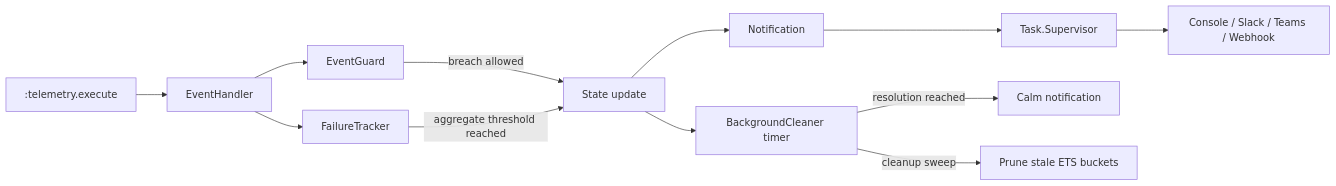
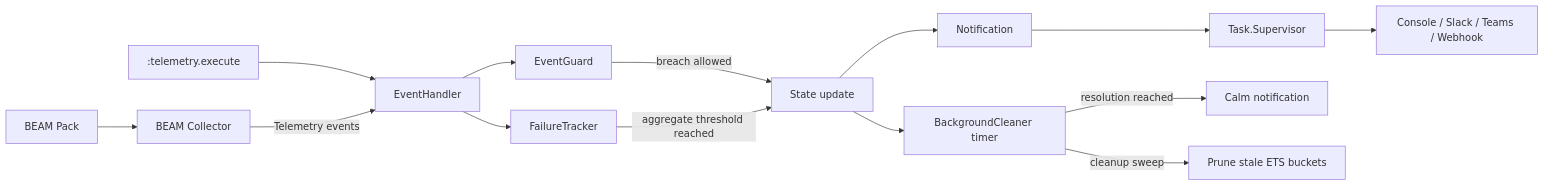
One commit to andrewinsoul/nature_whistle changed the diagram in README.md. Above: the diagram before and after it, drawn with Mermaid. The commit also changed other lines of this file and 7 other files, not shown here.

Commit message:
add beam pack

````diff
--- a/README.md
+++ b/README.md
@@ -25,14 +25,16 @@
 ```mermaid
 flowchart LR
   T[:telemetry.execute] --> H[EventHandler]
   H --> G[EventGuard]
   G -->|breach allowed| S[State update]
   S --> N[Notification]
   N --> Q[Task.Supervisor]
   Q --> C[Console / Slack / Teams / Webhook]
   S --> B[BackgroundCleaner timer]
   B -->|resolution reached| C2[Calm notification]
   B -->|cleanup sweep| R[Prune stale ETS buckets]
   H --> F[FailureTracker]
   F -->|aggregate threshold reached| S
+  Beam[BEAM Pack] --> BC[BEAM Collector]
+  BC -->|Telemetry events| H
 ```
````
